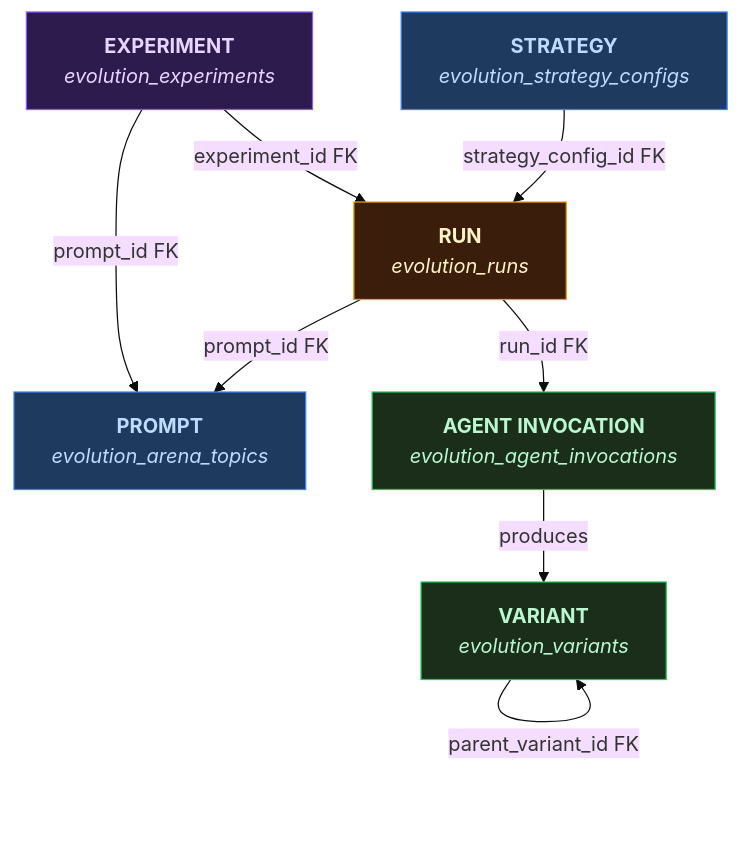
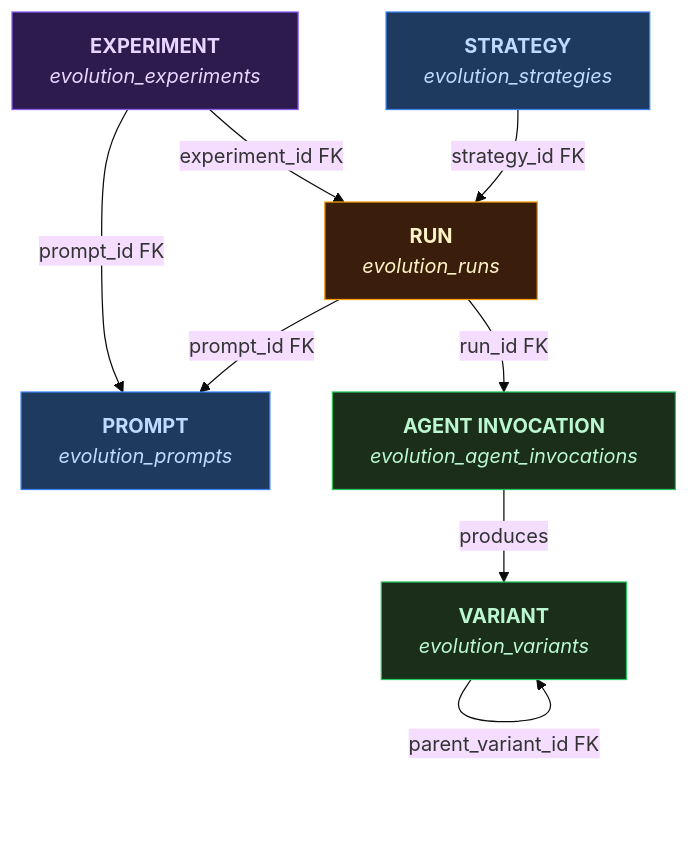
The diagram in evolution/docs/evolution/entity_diagram.md (alcmdbackup/explainanythingbackup), drawn with Mermaid (base theme) before and after one commit. The commit also changed other lines of this file and 55 other files, not shown here.

````diff
--- a/evolution/docs/evolution/entity_diagram.md
+++ b/evolution/docs/evolution/entity_diagram.md
@@ -7,30 +7,30 @@
 ```mermaid
 flowchart TD
     EXP["`**EXPERIMENT**
     _evolution_experiments_`"]
     PROMPT["`**PROMPT**
-    _evolution_arena_topics_`"]
+    _evolution_prompts_`"]
     STRATEGY["`**STRATEGY**
-    _evolution_strategy_configs_`"]
+    _evolution_strategies_`"]
     RUN["`**RUN**
     _evolution_runs_`"]
     INV["`**AGENT INVOCATION**
     _evolution_agent_invocations_`"]
     VAR["`**VARIANT**
     _evolution_variants_`"]
 
     EXP -- "prompt_id FK" --> PROMPT
     EXP -- "experiment_id FK" --> RUN
-    STRATEGY -- "strategy_config_id FK" --> RUN
+    STRATEGY -- "strategy_id FK" --> RUN
     RUN -- "prompt_id FK" --> PROMPT
     RUN -- "run_id FK" --> INV
     INV -- "produces" --> VAR
     VAR -- "parent_variant_id FK" --> VAR
 
     style EXP fill:#2d1b4e,stroke:#8b5cf6,color:#e9d5ff
     style PROMPT fill:#1e3a5f,stroke:#3b82f6,color:#bfdbfe
     style STRATEGY fill:#1e3a5f,stroke:#3b82f6,color:#bfdbfe
     style RUN fill:#3b1d0b,stroke:#f59e0b,color:#fef3c7
     style INV fill:#1a2e1a,stroke:#22c55e,color:#bbf7d0
     style VAR fill:#1a2e1a,stroke:#22c55e,color:#bbf7d0
 ```
````
